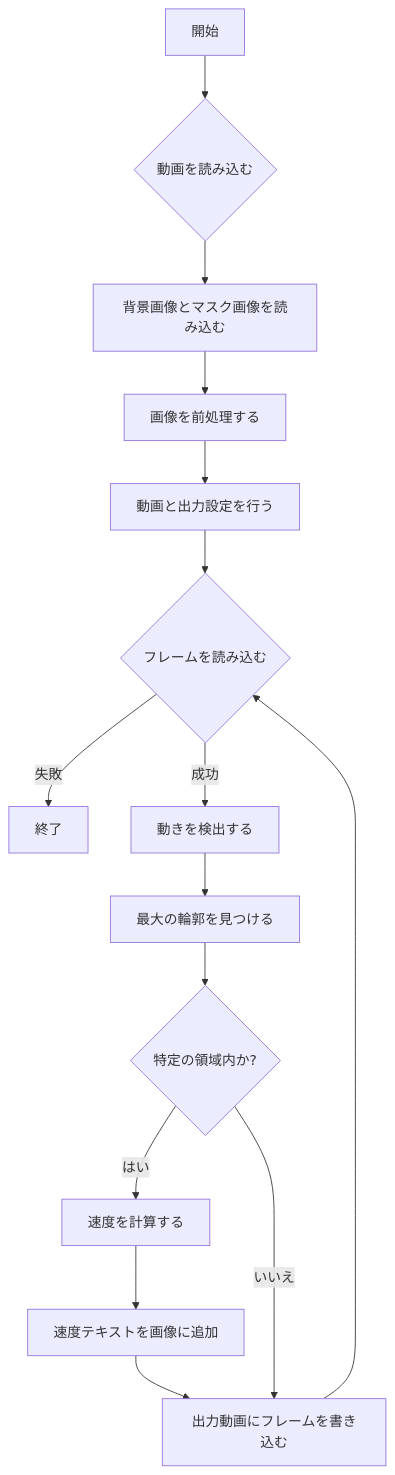
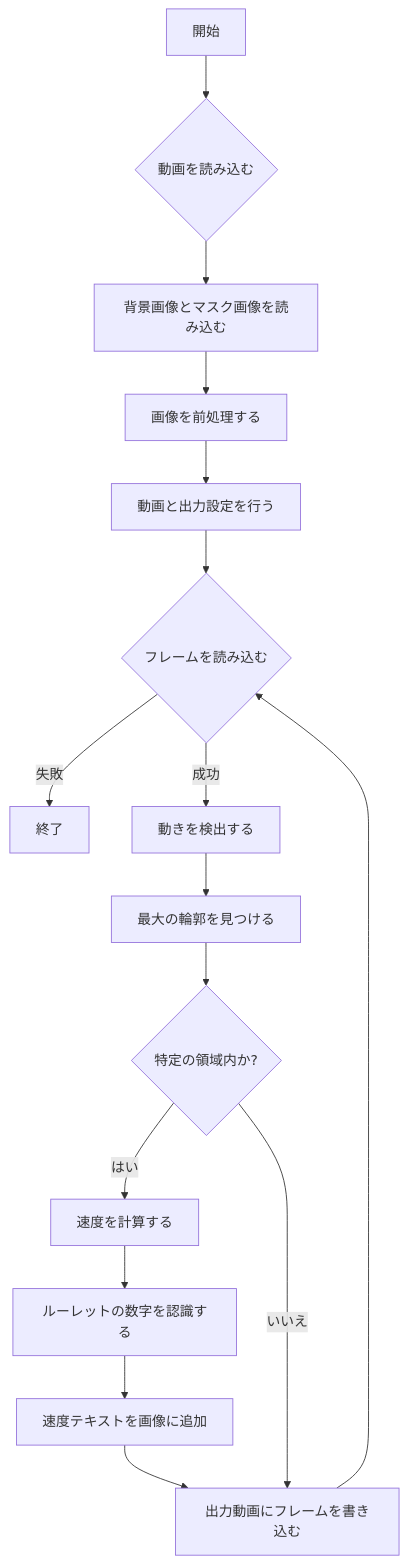
Before and after one commit to tamaryo1025/RouletteCracker: the diagram in README.md, drawn with Mermaid. The commit also changed other lines of this file and 12 other files, not shown here.

````diff
--- a/README.md
+++ b/README.md
@@ -21,17 +23,18 @@
 ```mermaid
 graph TD;
-    A[開始] --> B{動画を読み込む}
-    B --> C[背景画像とマスク画像を読み込む]
-    C --> D[画像を前処理する]
-    D --> E[動画と出力設定を行う]
-    E --> F{フレームを読み込む}
-    F -->|失敗| G[終了]
-    F -->|成功| H[動きを検出する]
-    H --> I[最大の輪郭を見つける]
-    I --> J{特定の領域内か?}
-    J -->|はい| K[速度を計算する]
-    K --> L[速度テキストを画像に追加]
-    L --> M[出力動画にフレームを書き込む]
-    M --> F
-    J -->|いいえ| M
+A[開始] --> B{動画を読み込む}
+B --> C[背景画像とマスク画像を読み込む]
+C --> D[画像を前処理する]
+D --> E[動画と出力設定を行う]
+E --> F{フレームを読み込む}
+F -->|失敗| G[終了]
+F -->|成功| H[動きを検出する]
+H --> I[最大の輪郭を見つける]
+I --> J{特定の領域内か?}
+J -->|はい| K[速度を計算する]
+K --> L[ルーレットの数字を認識する]
+L --> M[速度テキストを画像に追加]
+M --> N[出力動画にフレームを書き込む]
+N --> F
+J -->|いいえ| N
 ```
````
